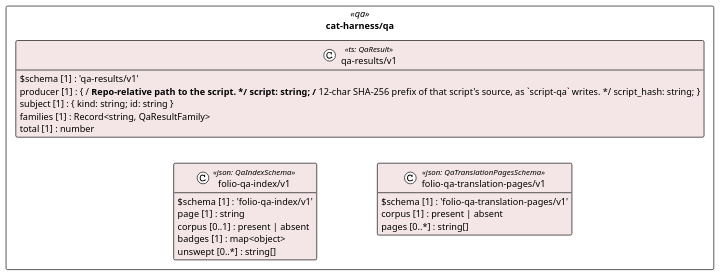
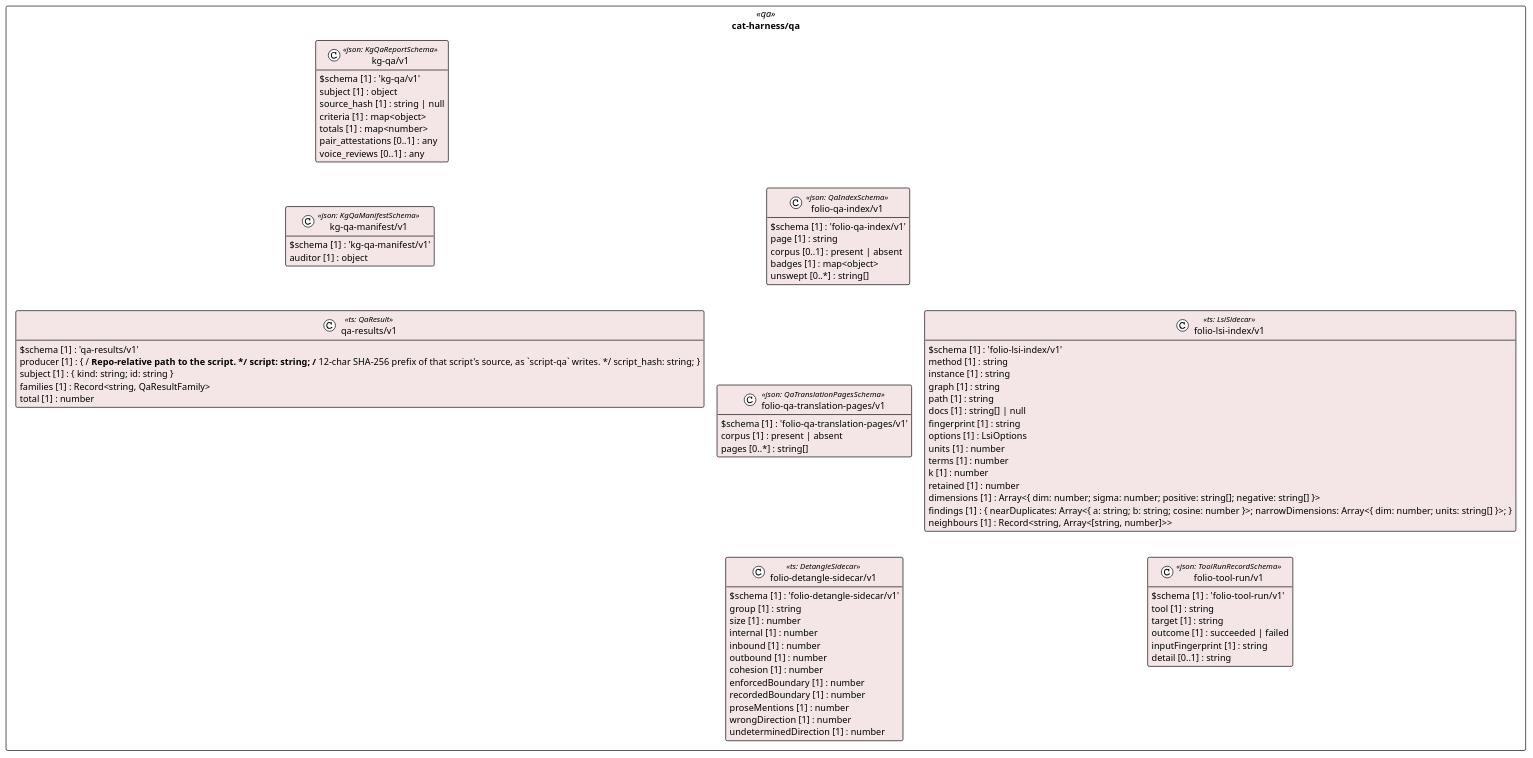
One commit to litlfred/folio-assistant changed the diagram in cat-harness/uml/overview/cat-harness/qa.puml. Above: the diagram before and after it, drawn with PlantUML. The commit also changed 35 other files, not shown here.

First line of the commit message:
Document-folio renderer: rendered impact loaded from changeset.json + outline.json (bean bnjs, #971)

```diff
--- a/cat-harness/uml/overview/cat-harness/qa.puml
+++ b/cat-harness/uml/overview/cat-harness/qa.puml
@@ -3,31 +3,83 @@
 @startuml cat_harness_qa
 !pragma layout elk
 !theme plain
 skinparam classAttributeIconSize 0
 skinparam shadowing false
 skinparam packageStyle rectangle
 hide empty methods
 
 package "cat-harness/qa" as pkg_cat_harness_qa <<qa>> {
+  class "kg-qa/v1" as cat_harness_qa_kg_qa_v1_kg_qa_v1 <<json: KgQaReportSchema>> #f4e6e6 {
+    $schema [1] : 'kg-qa/v1'
+    subject [1] : object
+    source_hash [1] : string | null
+    criteria [1] : map<object>
+    totals [1] : map<number>
+    pair_attestations [0..1] : any
+    voice_reviews [0..1] : any
+  }
+  class "kg-qa-manifest/v1" as cat_harness_qa_kg_qa_manifest_v1_kg_qa_manifest_v1 <<json: KgQaManifestSchema>> #f4e6e6 {
+    $schema [1] : 'kg-qa-manifest/v1'
+    auditor [1] : object
+  }
   class "qa-results/v1" as cat_harness_qa_qa_results_v1 <<ts: QaResult>> #f4e6e6 {
     $schema [1] : 'qa-results/v1'
     producer [1] : { /** Repo-relative path to the script. */ script: string; /** 12-char SHA-256 prefix of that script's source, as `script-qa` writes. */ script_hash: string; }
     subject [1] : { kind: string; id: string }
     families [1] : Record<string, QaResultFamily>
     total [1] : number
   }
   class "folio-qa-index/v1" as cat_harness_qa_folio_qa_index_v1_folio_qa_index_v1 <<json: QaIndexSchema>> #f4e6e6 {
     $schema [1] : 'folio-qa-index/v1'
     page [1] : string
     corpus [0..1] : present | absent
     badges [1] : map<object>
     unswept [0..*] : string[]
   }
   class "folio-qa-translation-pages/v1" as cat_harness_qa_folio_qa_translation_pages_v1_folio_qa_translation_pages_v1 <<json: QaTranslationPagesSchema>> #f4e6e6 {
     $schema [1] : 'folio-qa-translation-pages/v1'
     corpus [1] : present | absent
     pages [0..*] : string[]
   }
+  class "folio-detangle-sidecar/v1" as cat_harness_qa_folio_detangle_sidecar_v1 <<ts: DetangleSidecar>> #f4e6e6 {
+    $schema [1] : 'folio-detangle-sidecar/v1'
+    group [1] : string
+    size [1] : number
+    internal [1] : number
+    inbound [1] : number
+    outbound [1] : number
+    cohesion [1] : number
+    enforcedBoundary [1] : number
+    recordedBoundary [1] : number
+    proseMentions [1] : number
+    wrongDirection [1] : number
+    undeterminedDirection [1] : number
+  }
+  class "folio-lsi-index/v1" as cat_harness_qa_folio_lsi_index_v1 <<ts: LsiSidecar>> #f4e6e6 {
+    $schema [1] : 'folio-lsi-index/v1'
+    method [1] : string
+    instance [1] : string
+    graph [1] : string
+    path [1] : string
+    docs [1] : string[] | null
+    fingerprint [1] : string
+    options [1] : LsiOptions
+    units [1] : number
+    terms [1] : number
+    k [1] : number
+    retained [1] : number
+    dimensions [1] : Array<{ dim: number; sigma: number; positive: string[]; negative: string[] }>
+    findings [1] : { nearDuplicates: Array<{ a: string; b: string; cosine: number }>; narrowDimensions: Array<{ dim: number; units: string[] }>; }
+    neighbours [1] : Record<string, Array<[string, number]>>
+  }
+  class "folio-tool-run/v1" as cat_harness_qa_folio_tool_run_v1_folio_tool_run_v1 <<json: ToolRunRecordSchema>> #f4e6e6 {
+    $schema [1] : 'folio-tool-run/v1'
+    tool [1] : string
+    target [1] : string
+    outcome [1] : succeeded | failed
+    inputFingerprint [1] : string
+    detail [0..1] : string
+  }
 }
 
 @enduml
```
